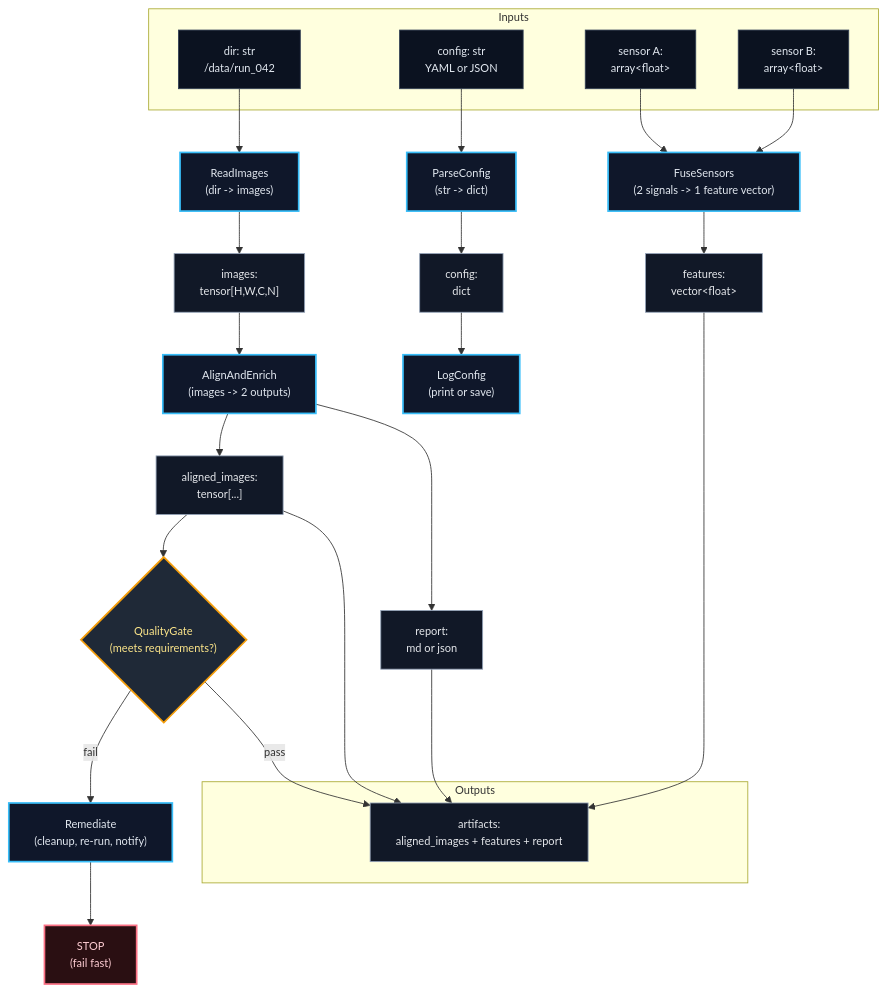
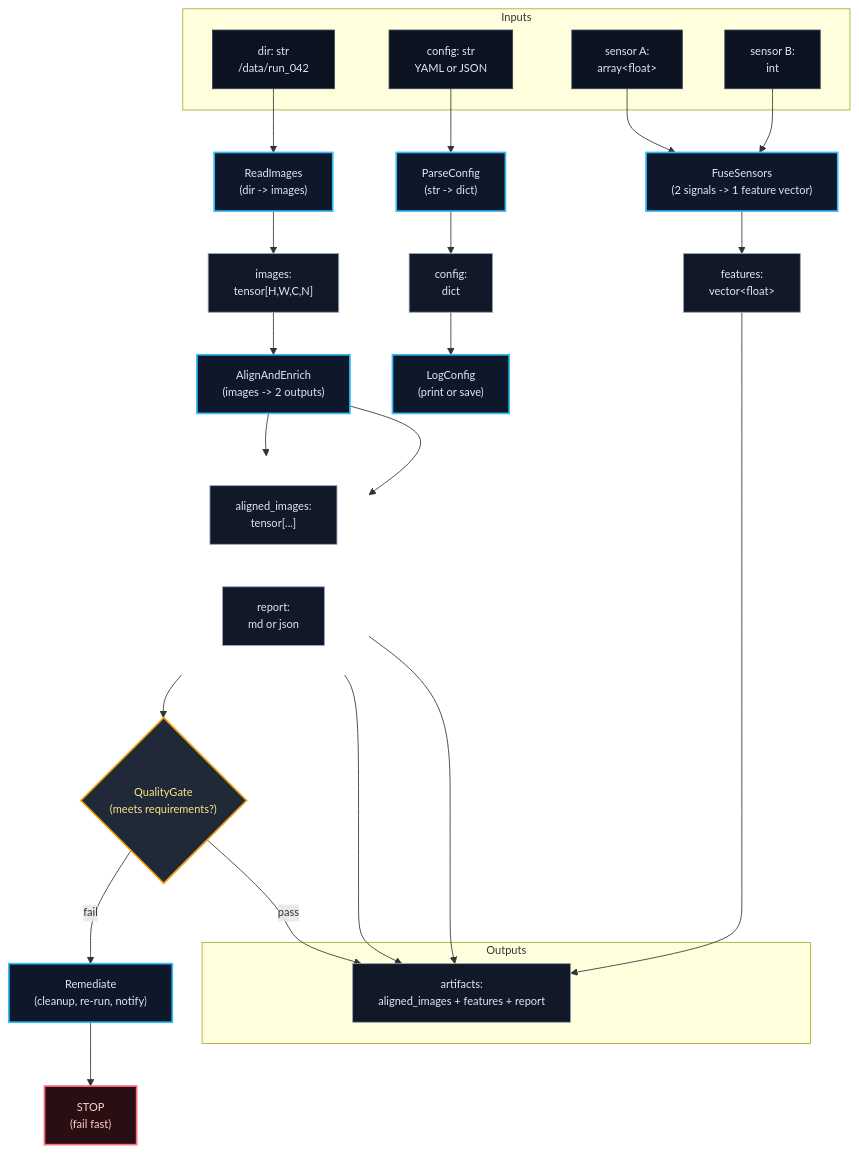
The diagram in README.md (Andrew-XQY/XFlow), drawn with Mermaid before and after one commit.

````diff
--- a/README.md
+++ b/README.md
@@ -41,66 +41,70 @@
 ```mermaid
 %%{init: {"themeVariables": {"fontSize": "13px"}, "flowchart": {"htmlLabels": true}}}%%
 flowchart TD
   classDef src fill:#0b1220,stroke:#334155,stroke-width:1px,color:#e2e8f0;
   classDef op fill:#0f172a,stroke:#38bdf8,stroke-width:2px,color:#e2e8f0;
   classDef io fill:#111827,stroke:#94a3b8,stroke-width:1px,color:#e5e7eb;
   classDef gate fill:#1f2937,stroke:#f59e0b,stroke-width:2px,color:#fde68a;
   classDef stop fill:#2a0f12,stroke:#fb7185,stroke-width:2px,color:#fecdd3;
 
   subgraph Inputs["Inputs"]
     DIR["dir: str<br/>/data/run_042"]:::src
     CFG["config: str<br/>YAML or JSON"]:::src
     A1["sensor A:<br/>array&lt;float&gt;"]:::src
-    A2["sensor B:<br/>array&lt;float&gt;"]:::src
+    A2["sensor B:<br/>int"]:::src
   end
 
   READ["ReadImages<br/>(dir -> images)"]:::op
   PARSE["ParseConfig<br/>(str -> dict)"]:::op
 
   DIR --> READ
   CFG --> PARSE
 
   IMGS["images:<br/>tensor[H,W,C,N]"]:::io
   CONF["config:<br/>dict"]:::io
 
   READ --> IMGS
   PARSE --> CONF
 
   LOG["LogConfig<br/>(print or save)"]:::op
   CONF --> LOG
 
   JOIN["AlignAndEnrich<br/>(images -> 2 outputs)"]:::op
   IMGS --> JOIN
 
-  ALN["aligned_images:<br/>tensor[...]"]:::io
-  REP["report:<br/>md or json"]:::io
+  subgraph JOIN_OUT[" "]
+    direction LR
+    ALN["aligned_images:<br/>tensor[...]"]:::io
+    REP["report:<br/>md or json"]:::io
+  end
+  style JOIN_OUT fill:transparent,stroke:transparent
 
   JOIN --> ALN
   JOIN --> REP
 
   FUSE["FuseSensors<br/>(2 signals -> 1 feature vector)"]:::op
   A1 --> FUSE
   A2 --> FUSE
 
   FEAT["features:<br/>vector&lt;float&gt;"]:::io
   FUSE --> FEAT
 
   GATE{"QualityGate<br/>(meets requirements?)"}:::gate
   ALN --> GATE
 
   FIX["Remediate<br/>(cleanup, re-run, notify)"]:::op
   STOP["STOP<br/>(fail fast)"]:::stop
 
   GATE -->|fail| FIX
   FIX --> STOP
 
   subgraph Outputs["Outputs"]
     OUT["artifacts:<br/>aligned_images + features + report"]:::io
   end
 
   ALN --> OUT
   FEAT --> OUT
   REP --> OUT
 
   GATE -->|pass| OUT
 ```
````
